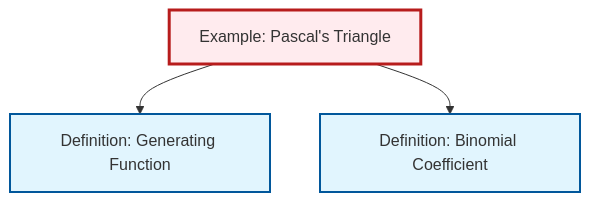
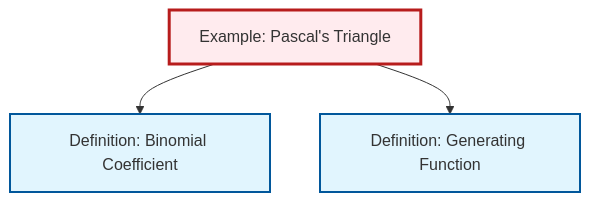
Before and after one commit to RK0429/ModernMath: the diagram in content/ja/combinatorics/ex-pascals-triangle.qmd, drawn with Mermaid. The commit also changed other lines of this file and 597 other files, not shown here.

````diff
--- a/content/ja/combinatorics/ex-pascals-triangle.qmd
+++ b/content/ja/combinatorics/ex-pascals-triangle.qmd
@@ -73,17 +73,17 @@
 ```{mermaid}
 %%| fig-cap: "Local dependency graph"
 graph TD
     classDef definition fill:#e1f5fe,stroke:#01579b,stroke-width:2px
     classDef theorem fill:#f3e5f5,stroke:#4a148c,stroke-width:2px
     classDef axiom fill:#fff3e0,stroke:#e65100,stroke-width:2px
     classDef example fill:#e8f5e9,stroke:#1b5e20,stroke-width:2px
     classDef current fill:#ffebee,stroke:#b71c1c,stroke-width:3px
     def-generating-function["Definition: Generating Function"]:::definition
     def-binomial-coefficient["Definition: Binomial Coefficient"]:::definition
     ex-pascals-triangle["Example: Pascal's Triangle"]:::example
+    ex-pascals-triangle --> def-binomial-coefficient
     ex-pascals-triangle --> def-generating-function
-    ex-pascals-triangle --> def-binomial-coefficient
     class ex-pascals-triangle current
     click def-generating-function "def-generating-function.html" "Definition: Generating Functionへ"
     click def-binomial-coefficient "def-binomial-coefficient.html" "Definition: Binomial Coefficientへ"
 ```
````
